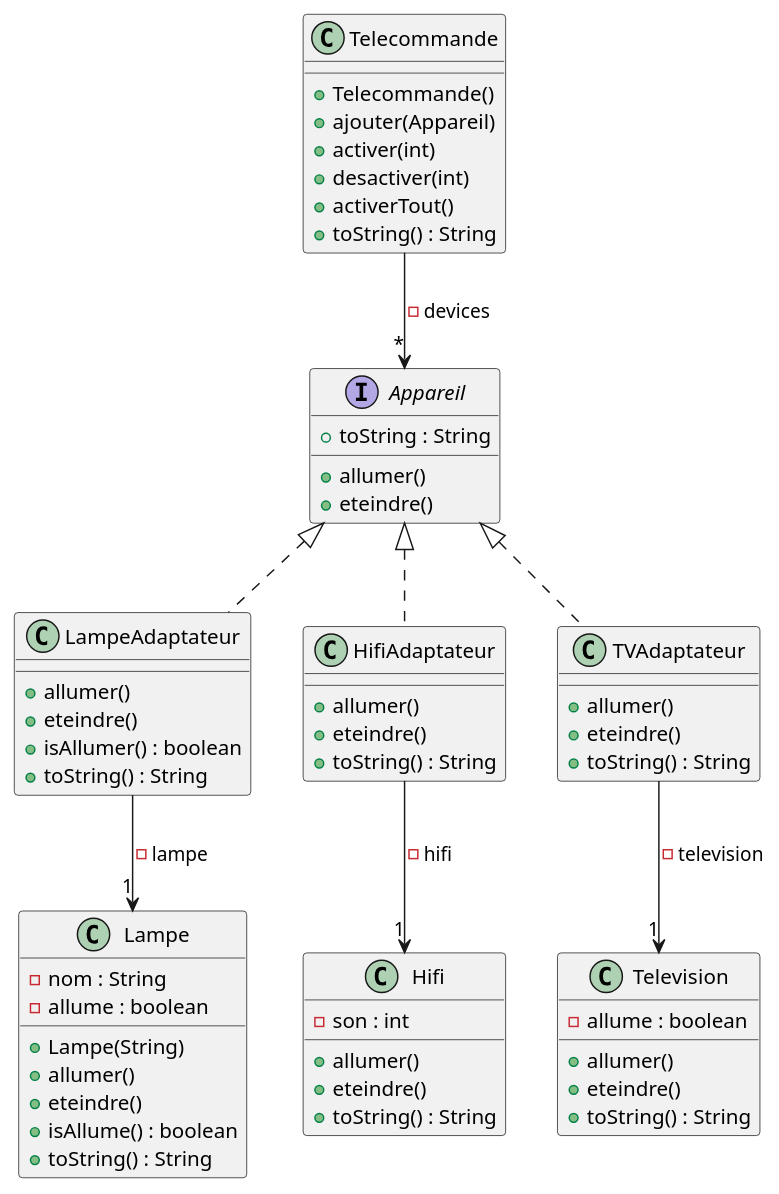
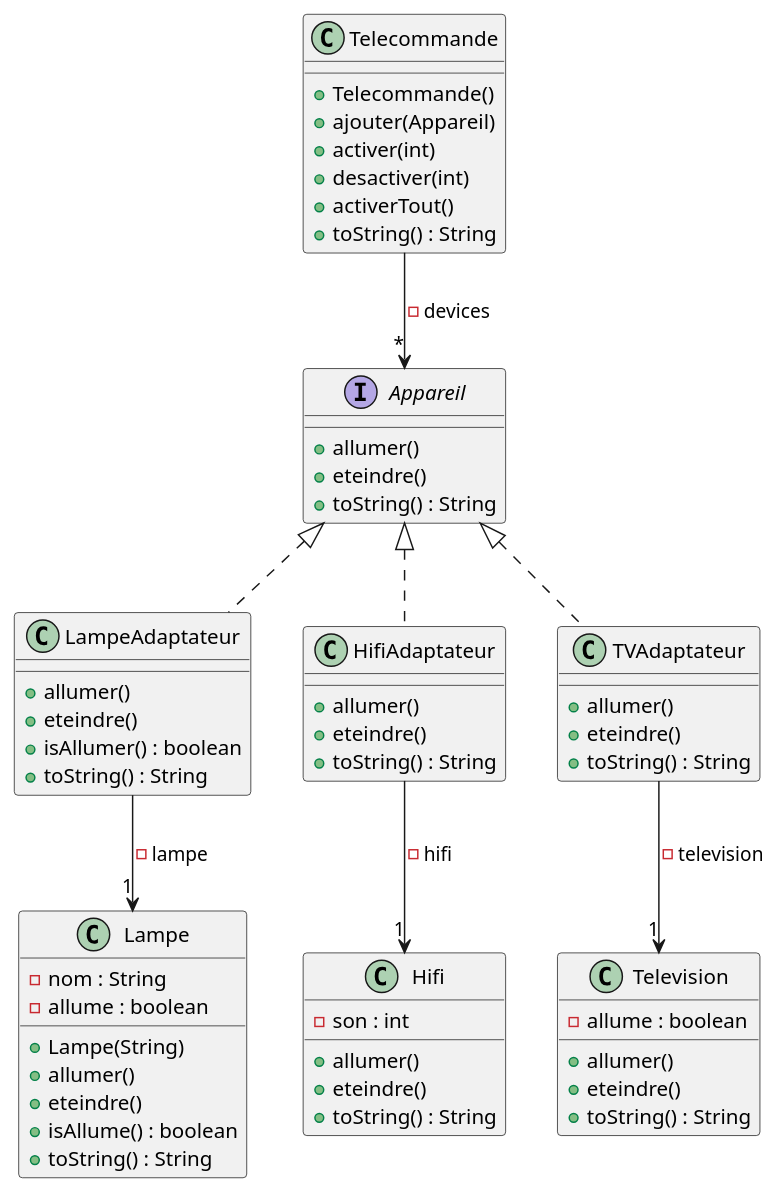
The diagram in TD7/ressource/diagramClasse.puml (Hugo-COLLIN/BUT_S2_COO_domotique), drawn with PlantUML before and after one commit. The commit also changed 1 other file, not shown here.

```diff
--- a/TD7/ressource/diagramClasse.puml
+++ b/TD7/ressource/diagramClasse.puml
@@ -1,72 +1,72 @@
 @startuml
 
 class Lampe {
     - nom : String
     - allume : boolean
     + Lampe(String)
     + allumer()
     + eteindre()
     + isAllume() : boolean
     + toString() : String
 }
 
 class Hifi {
     - son : int
     + allumer()
     + eteindre()
     + toString() : String
 }
 
 class Telecommande {
     + Telecommande()
     + ajouter(Appareil)
     + activer(int)
     + desactiver(int)
     + activerTout()
     + toString() : String
 }
 
 class Television {
     - allume : boolean
     + allumer()
     + eteindre()
     + toString() : String
 }
 
 interface Appareil{
     + allumer()
     + eteindre()
-    + toString : String
+    + toString() : String
 }
 
 class LampeAdaptateur{
     + allumer()
     + eteindre()
     + isAllumer() : boolean
     + toString() : String
 }
 
 class HifiAdaptateur{
     + allumer()
     + eteindre()
     + toString() : String
 }
 
 class TVAdaptateur{
     + allumer()
     + eteindre()
     + toString() : String
 }
 
 Appareil <|.. LampeAdaptateur
 Appareil <|.. HifiAdaptateur
 Appareil <|.. TVAdaptateur
 
 LampeAdaptateur --> "1" Lampe :  - lampe
 HifiAdaptateur --> "1" Hifi : - hifi
 TVAdaptateur --> "1" Television : - television
 
 
 Telecommande --> "*" Appareil : - devices
 
 @enduml
```
